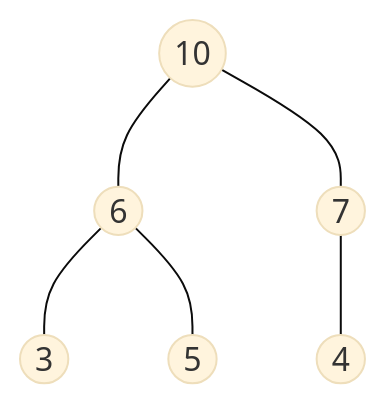
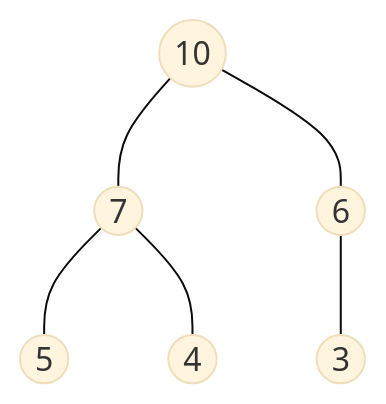
Before and after one commit to brk-a/DSA: diagram 23 of 29 in 0x09-dsa/7-heaps_and_heapsort.md, drawn with Mermaid (base theme). The commit also changed other lines of this file, not shown here.

````diff
--- a/0x09-dsa/7-heaps_and_heapsort.md
+++ b/0x09-dsa/7-heaps_and_heapsort.md
@@ -798,8 +799,8 @@
     ```mermaid
         graph TD
-            A((10)) --- B((6))
-            A --- C((7))
-            B --- D((3))
-            B --- E((5))
-            C --- F((4))
+            A((10)) --- B((7))
+            A --- C((6))
+            B --- D((5))
+            B --- E((4))
+            C --- F((3))
     ```
````
